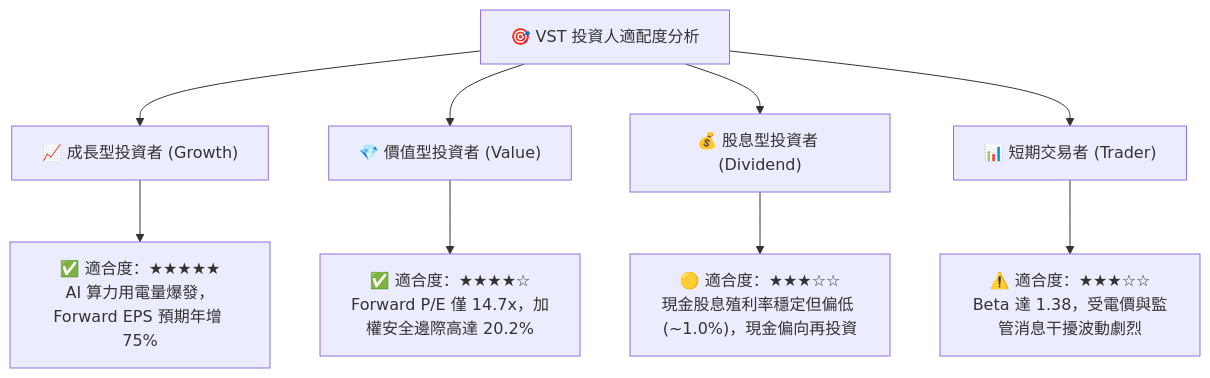
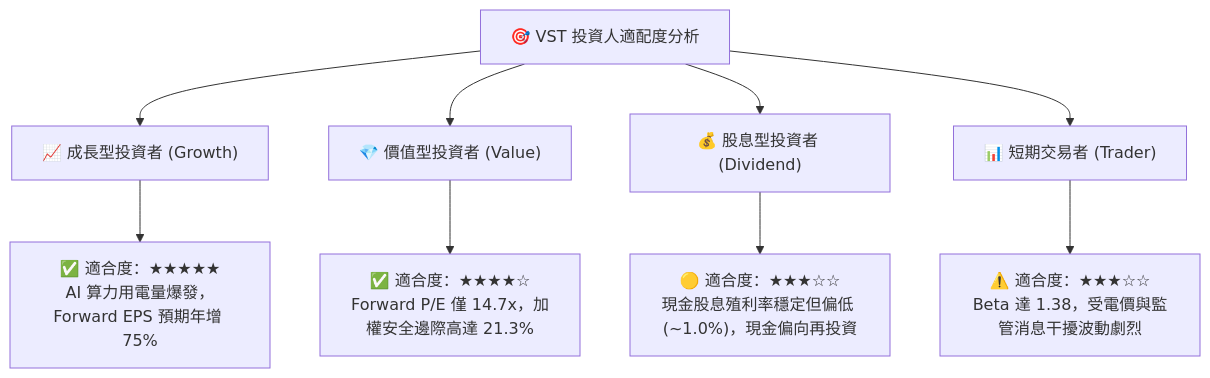
Before and after one commit to yennanliu/finance_data: diagram 15 of 15 in ai_gen_report/fundamental/vst/fundamental_analysis_2026-10-17_gemini.md, drawn with Mermaid. The commit also changed other lines of this file and 339 other files, not shown here.

````diff
--- a/ai_gen_report/fundamental/vst/fundamental_analysis_2026-10-17_gemini.md
+++ b/ai_gen_report/fundamental/vst/fundamental_analysis_2026-10-17_gemini.md
@@ -1068,14 +1083,14 @@
 ```mermaid
 graph TD
     INV["🎯 VST 投資人適配度分析"]
 
     INV --> G["📈 成長型投資者 (Growth)"]
     INV --> V["💎 價值型投資者 (Value)"]
     INV --> D["💰 股息型投資者 (Dividend)"]
     INV --> T["📊 短期交易者 (Trader)"]
 
     G --> G1["✅ 適合度：★★★★★<br/>AI 算力用電量爆發，Forward EPS 預期年增 75%"]
-    V --> V1["✅ 適合度：★★★★☆<br/>Forward P/E 僅 14.7x，加權安全邊際高達 20.2%"]
+    V --> V1["✅ 適合度：★★★★☆<br/>Forward P/E 僅 14.7x，加權安全邊際高達 21.3%"]
     D --> D1["🟡 適合度：★★★☆☆<br/>現金股息殖利率穩定但偏低 (~1.0%)，現金偏向再投資"]
     T --> T1["⚠️ 適合度：★★★☆☆<br/>Beta 達 1.38，受電價與監管消息干擾波動劇烈"]
 ```
````
